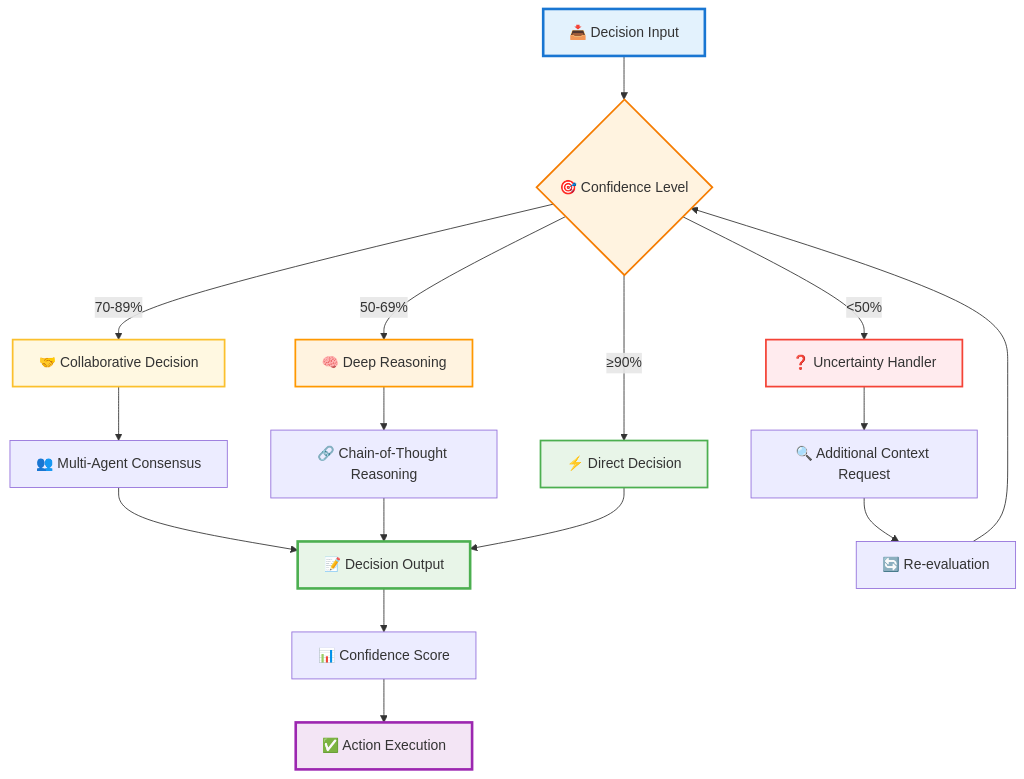
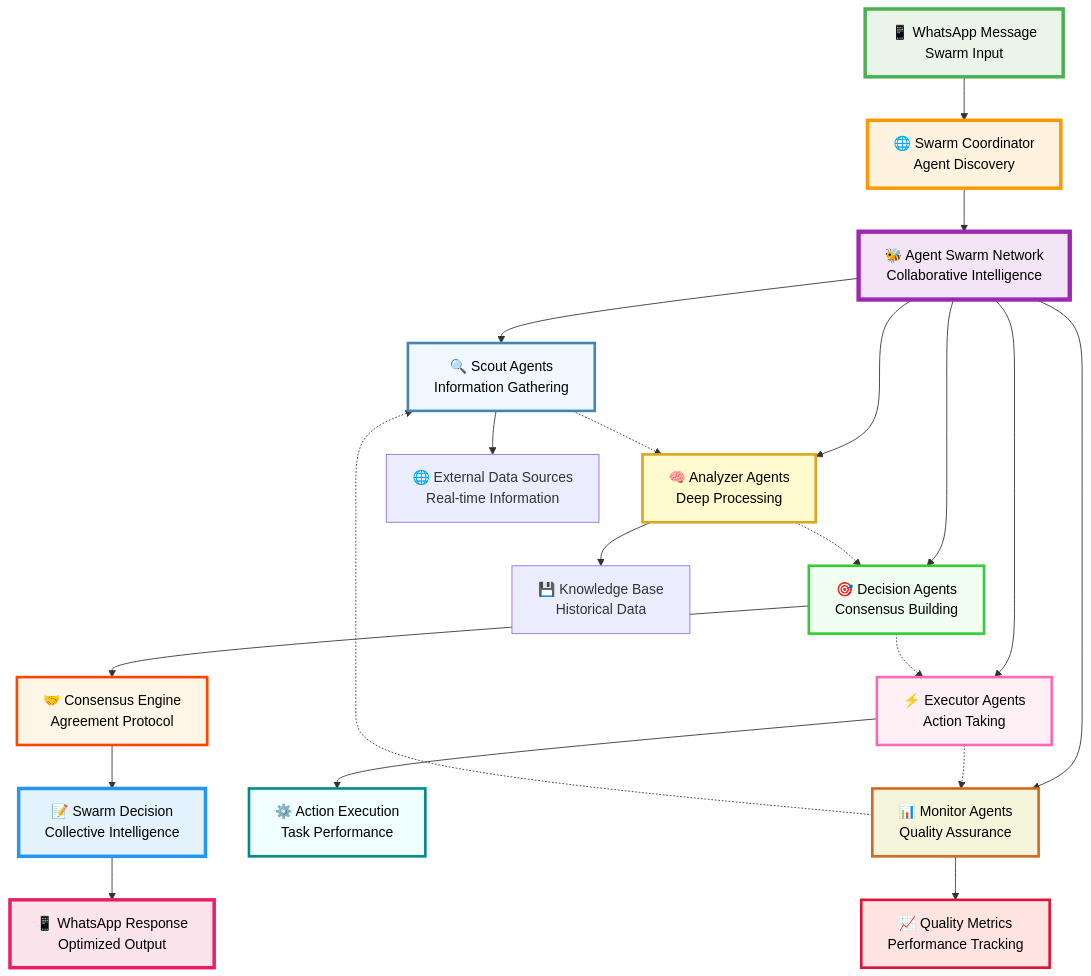
The fifth of 9 diagrams in README.md (KaifAhmad1/memorae), drawn with Mermaid before and after one commit. The commit also changed other lines of this file, not shown here.

````diff
--- a/README.md
+++ b/README.md
@@ -186,34 +269,47 @@
 ```mermaid
 flowchart TD
-    A[📥 Decision Input] --> B{🎯 Confidence Level}
+    A["📱 WhatsApp Message<br/>Swarm Input"] --> B["🌐 Swarm Coordinator<br/>Agent Discovery"]
     
-    B -->|≥90%| C[⚡ Direct Decision]
-    B -->|70-89%| D[🤝 Collaborative Decision]
-    B -->|50-69%| E[🧠 Deep Reasoning]
-    B -->|<50%| F[❓ Uncertainty Handler]
+    B --> C["🐝 Agent Swarm Network<br/>Collaborative Intelligence"]
     
-    D --> G[👥 Multi-Agent Consensus]
-    E --> H[🔗 Chain-of-Thought Reasoning]
-    F --> I[🔍 Additional Context Request]
+    C --> D["🔍 Scout Agents<br/>Information Gathering"]
+    C --> E["🧠 Analyzer Agents<br/>Deep Processing"]
+    C --> F["🎯 Decision Agents<br/>Consensus Building"]
+    C --> G["⚡ Executor Agents<br/>Action Taking"]
+    C --> H["📊 Monitor Agents<br/>Quality Assurance"]
     
-    G --> J[📝 Decision Output]
-    H --> J
-    C --> J
-    I --> K[🔄 Re-evaluation]
-    K --> B
+    D --> I["🌐 External Data Sources<br/>Real-time Information"]
+    E --> J["💾 Knowledge Base<br/>Historical Data"]
+    F --> K["🤝 Consensus Engine<br/>Agreement Protocol"]
+    G --> L["⚙️ Action Execution<br/>Task Performance"]
+    H --> M["📈 Quality Metrics<br/>Performance Tracking"]
     
-    J --> L[📊 Confidence Score]
-    L --> M[✅ Action Execution]
+    K --> N["📝 Swarm Decision<br/>Collective Intelligence"]
+    N --> O["📱 WhatsApp Response<br/>Optimized Output"]
     
-    %% Styling
-    style A fill:#e3f2fd,stroke:#1976d2,stroke-width:3px
-    style B fill:#fff3e0,stroke:#f57c00,stroke-width:2px
-    style J fill:#e8f5e8,stroke:#4caf50,stroke-width:3px
-    style M fill:#f3e5f5,stroke:#9c27b0,stroke-width:3px
+    %% Swarm communication lines
+    D -.-> E
+    E -.-> F
+    F -.-> G
+    G -.-> H
+    H -.-> D
     
-    %% Decision path styling
-    style C fill:#e8f5e8,stroke:#4caf50,stroke-width:2px
-    style D fill:#fff8e1,stroke:#fbc02d,stroke-width:2px
-    style E fill:#fff3e0,stroke:#ff9800,stroke-width:2px
-    style F fill:#ffebee,stroke:#f44336,stroke-width:2px
+    %% Enhanced swarm styling
+    style A fill:#e8f5e8,stroke:#4caf50,stroke-width:4px,color:#000
+    style B fill:#fff3e0,stroke:#ff9800,stroke-width:4px,color:#000
+    style C fill:#f3e5f5,stroke:#9c27b0,stroke-width:5px,color:#000
+    style N fill:#e3f2fd,stroke:#2196f3,stroke-width:4px,color:#000
+    style O fill:#fce4ec,stroke:#e91e63,stroke-width:4px,color:#000
+    
+    %% Agent type styling
+    style D fill:#f0f8ff,stroke:#4682b4,stroke-width:3px,color:#000
+    style E fill:#fffacd,stroke:#daa520,stroke-width:3px,color:#000
+    style F fill:#f0fff0,stroke:#32cd32,stroke-width:3px,color:#000
+    style G fill:#fff0f5,stroke:#ff69b4,stroke-width:3px,color:#000
+    style H fill:#f5f5dc,stroke:#d2691e,stroke-width:3px,color:#000
+    
+    %% Supporting systems
+    style K fill:#fdf5e6,stroke:#ff4500,stroke-width:3px,color:#000
+    style L fill:#f0ffff,stroke:#008b8b,stroke-width:3px,color:#000
+    style M fill:#ffe4e1,stroke:#dc143c,stroke-width:3px,color:#000
 ```
````
